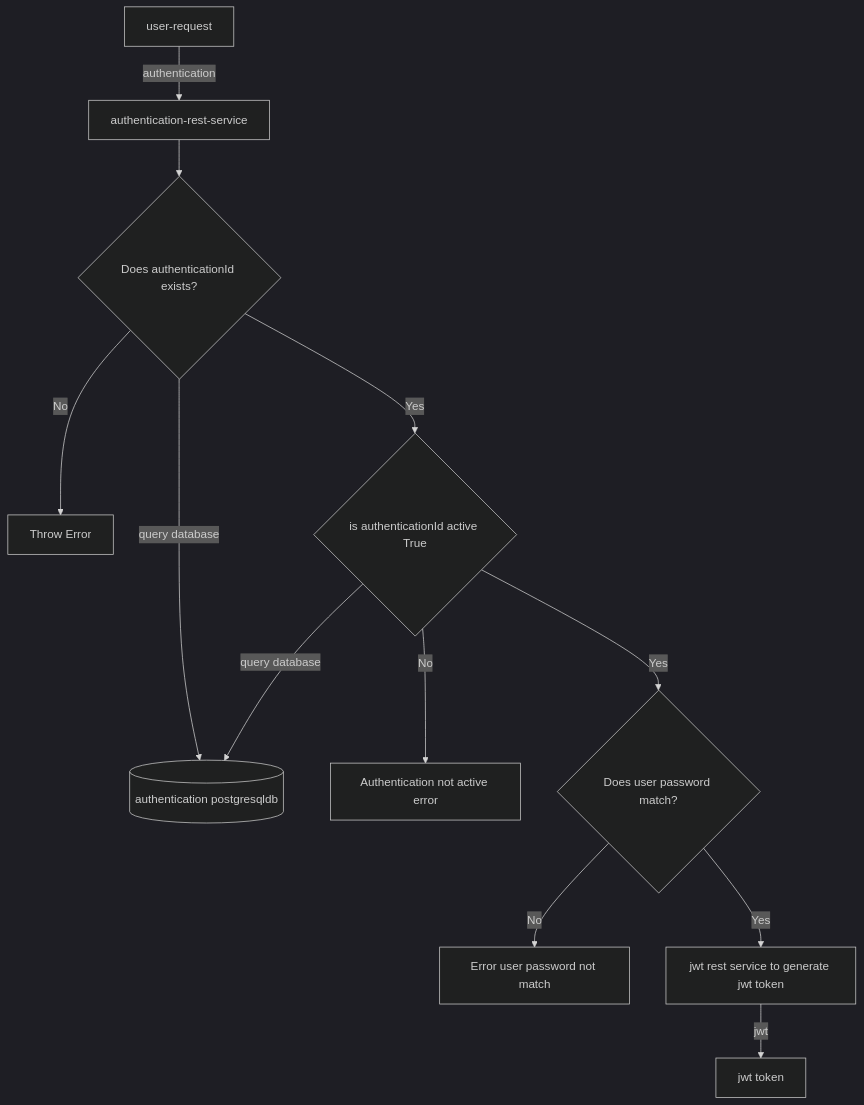
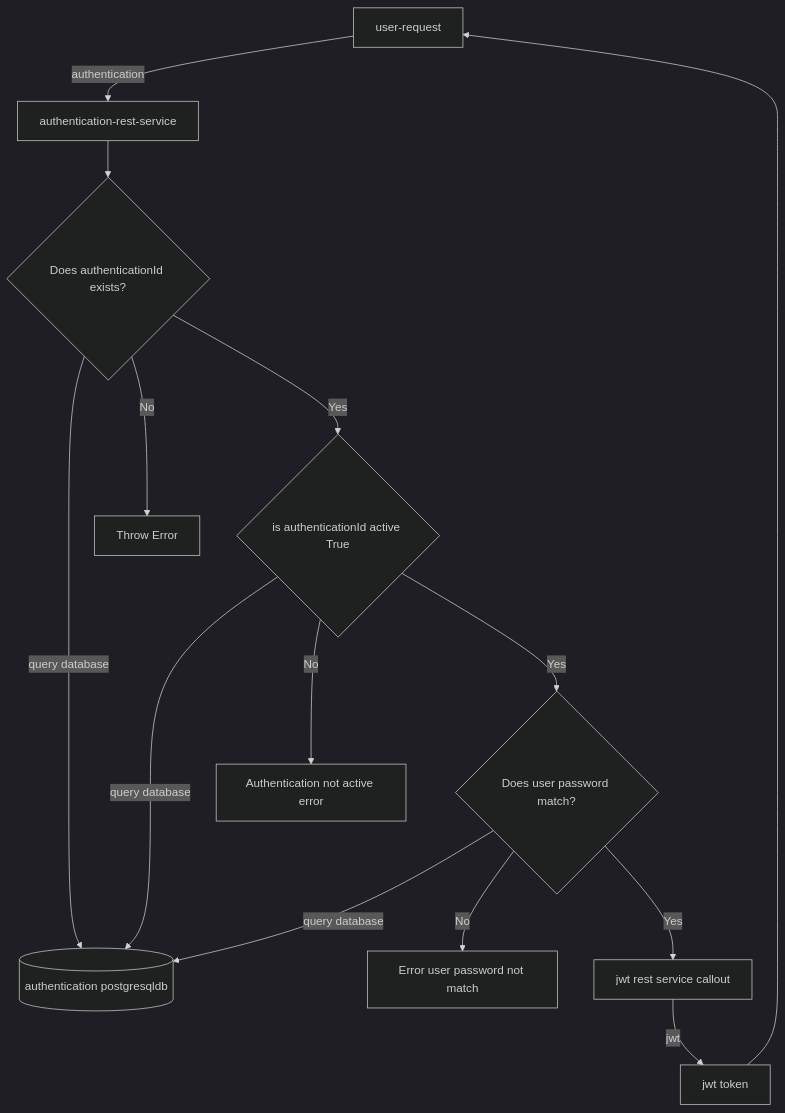
One commit to sonamsamdupkhangsar/authentication-rest-service changed the second of 2 diagrams in README.md. Above: the diagram before and after it, drawn with Mermaid (dark theme).

Commit message:
add authentication workflow

````diff
--- a/README.md
+++ b/README.md
@@ -25,14 +25,16 @@
 ```mermaid
 flowchart TD
     user-request[user-request] -->|authentication| authentication-rest-service[authentication-rest-service]
     authentication-rest-service --> authenticationIdExists{Does authenticationId exists?}
     authenticationIdExists -->|query database| db[(authentication postgresqldb)]
     authenticationIdExists --> |No| Error[Throw Error]
     authenticationIdExists --> |Yes| CheckAuthIdExistAndIsActiveTrue{is authenticationId active True}
     CheckAuthIdExistAndIsActiveTrue -->|query database| db
     CheckAuthIdExistAndIsActiveTrue -->|No| AuthNotActive[Authentication not active error]
     CheckAuthIdExistAndIsActiveTrue -->|Yes| CheckUserPasswordMatch{Does user password match?}
+    CheckUserPasswordMatch -->|query database| db
     CheckUserPasswordMatch -->|No| UserPasswordNotMatchError[Error user password not match]
-    CheckUserPasswordMatch -->|Yes| CallJwtRestService[jwt rest service to generate jwt token]
+    CheckUserPasswordMatch -->|Yes| CallJwtRestService[jwt rest service callout]
     CallJwtRestService -->|jwt| JWT[jwt token]
+    JWT --> user-request
 ```
````
